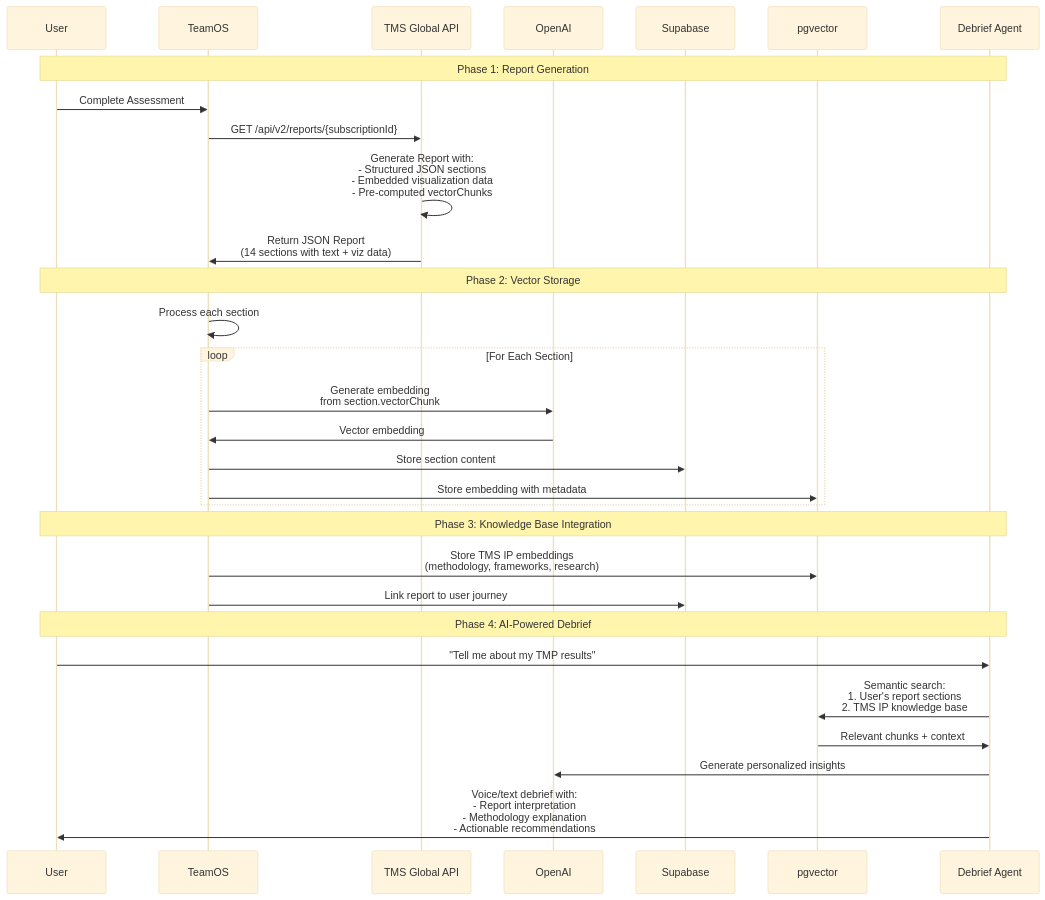
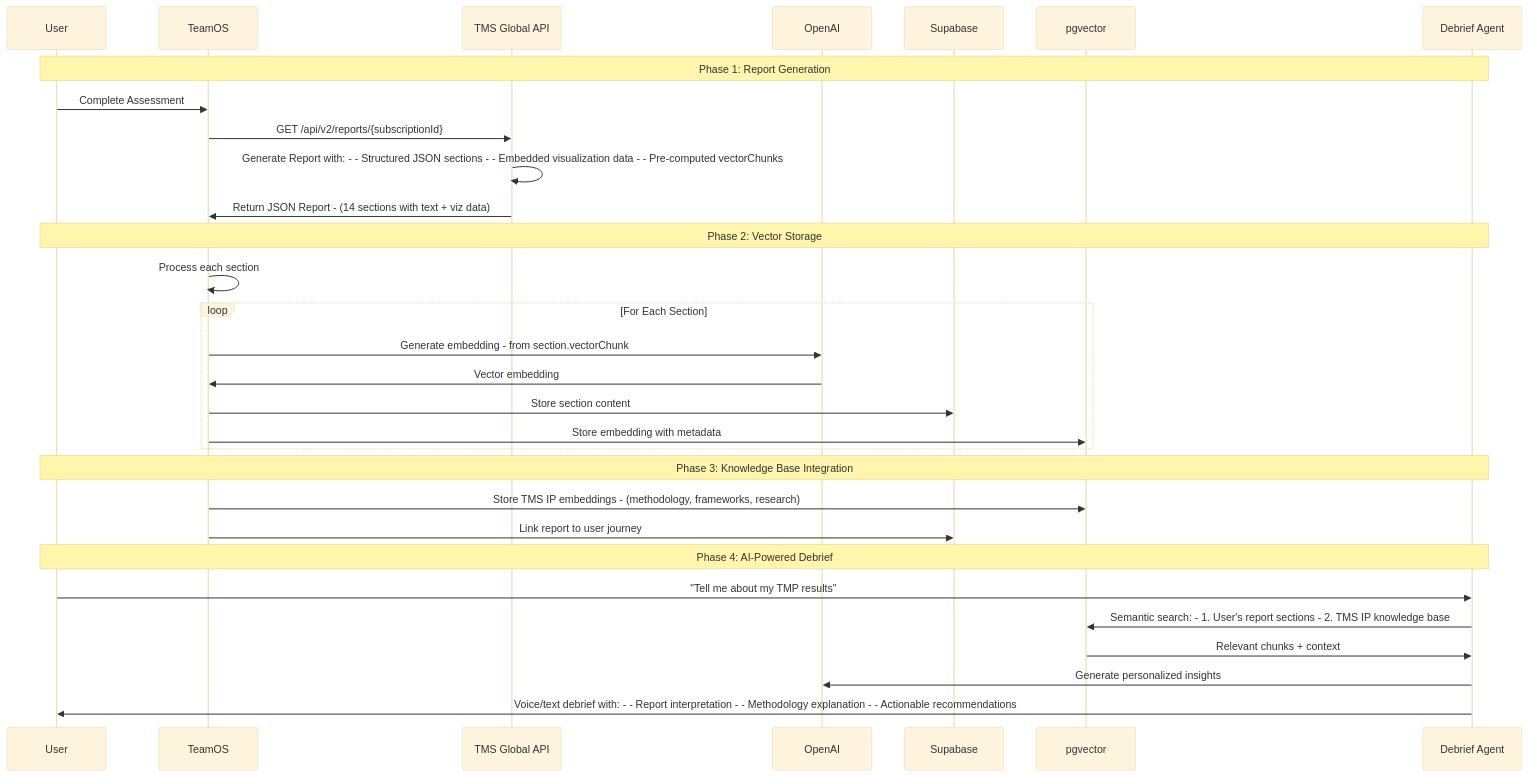
The sixth of 11 diagrams in docs/tms-api-spec/SYSTEM-ARCHITECTURE.md (tmscoach/teamOS-Agents-Demo), drawn with Mermaid (base theme) before and after one commit. The commit also changed other lines of this file, not shown here.

First line of the commit message:
fix: Replace HTML br tags in Mermaid diagrams

````diff
--- a/docs/tms-api-spec/SYSTEM-ARCHITECTURE.md
+++ b/docs/tms-api-spec/SYSTEM-ARCHITECTURE.md
@@ -243,36 +243,36 @@
 ```mermaid
 sequenceDiagram
     participant User
     participant TeamOS
     participant TMS as TMS Global API
     participant OpenAI
     participant Supabase
     participant Vector as pgvector
     participant Agent as Debrief Agent
     
     Note over User,Agent: Phase 1: Report Generation
     User->>TeamOS: Complete Assessment
     TeamOS->>TMS: GET /api/v2/reports/{subscriptionId}
-    TMS->>TMS: Generate Report with:<br/>- Structured JSON sections<br/>- Embedded visualization data<br/>- Pre-computed vectorChunks
-    TMS->>TeamOS: Return JSON Report<br/>(14 sections with text + viz data)
+    TMS->>TMS: Generate Report with: - - Structured JSON sections - - Embedded visualization data - - Pre-computed vectorChunks
+    TMS->>TeamOS: Return JSON Report - (14 sections with text + viz data)
     
     Note over User,Agent: Phase 2: Vector Storage
     TeamOS->>TeamOS: Process each section
     loop For Each Section
-        TeamOS->>OpenAI: Generate embedding<br/>from section.vectorChunk
+        TeamOS->>OpenAI: Generate embedding - from section.vectorChunk
         OpenAI->>TeamOS: Vector embedding
         TeamOS->>Supabase: Store section content
         TeamOS->>Vector: Store embedding with metadata
     end
     
     Note over User,Agent: Phase 3: Knowledge Base Integration
-    TeamOS->>Vector: Store TMS IP embeddings<br/>(methodology, frameworks, research)
+    TeamOS->>Vector: Store TMS IP embeddings - (methodology, frameworks, research)
     TeamOS->>Supabase: Link report to user journey
     
     Note over User,Agent: Phase 4: AI-Powered Debrief
     User->>Agent: "Tell me about my TMP results"
-    Agent->>Vector: Semantic search:<br/>1. User's report sections<br/>2. TMS IP knowledge base
+    Agent->>Vector: Semantic search: - 1. User's report sections - 2. TMS IP knowledge base
     Vector->>Agent: Relevant chunks + context
     Agent->>OpenAI: Generate personalized insights
-    Agent->>User: Voice/text debrief with:<br/>- Report interpretation<br/>- Methodology explanation<br/>- Actionable recommendations
+    Agent->>User: Voice/text debrief with: - - Report interpretation - - Methodology explanation - - Actionable recommendations
 ```
````
